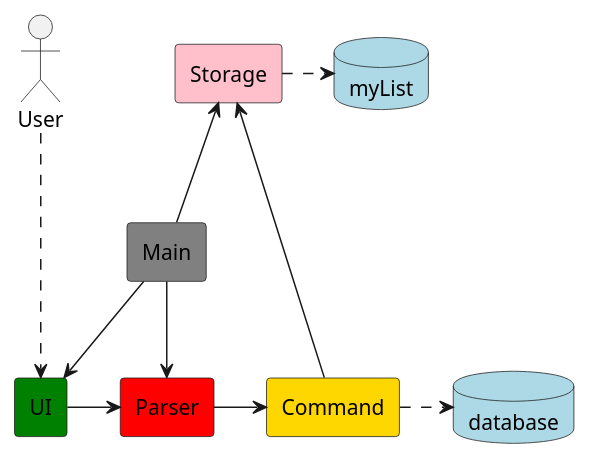
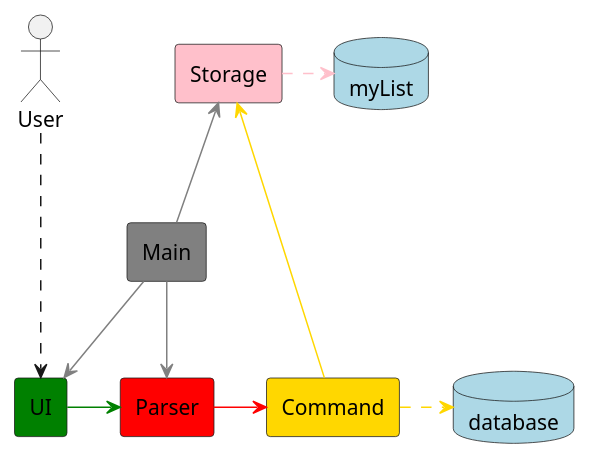
The diagram in uml-diagrams/ArchitectureDiagram.puml (nus-cs2113-AY2425S1/tp), drawn with PlantUML before and after one commit. The commit also changed 5 other files, not shown here.

```diff
--- a/uml-diagrams/ArchitectureDiagram.puml
+++ b/uml-diagrams/ArchitectureDiagram.puml
@@ -1,28 +1,28 @@
 @startuml
 
 skinparam componentStyle rectangle
 
 actor User
 database myList #lightblue
 database database #lightblue
 
 component UI #green
 component Parser #red
 component Main #gray
 component Storage #pink
 component Command #gold
 
 User -down.-> UI
-UI -right-> Parser
+UI -[#green]right-> Parser
 
-Main -down-> Parser
-Main -down-> UI
-Main -up-> Storage
+Main -[#gray]down-> Parser
+Main -[#gray]down-> UI
+Main -[#gray]up-> Storage
 
-Command -down-> Storage
-Parser -right-> Command
+Command -[#gold]down-> Storage
+Parser -[#red]right-> Command
 
-Command -right.-> database
-Storage -right.-> myList
+Command -[#gold]right.-> database
+Storage -[#pink]right.-> myList
 
 @enduml
```
